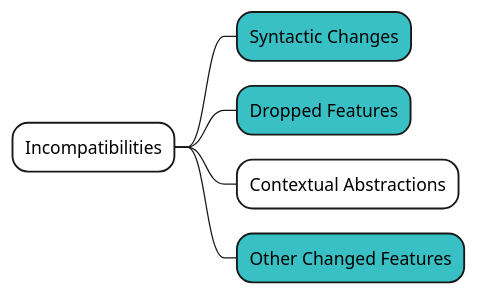
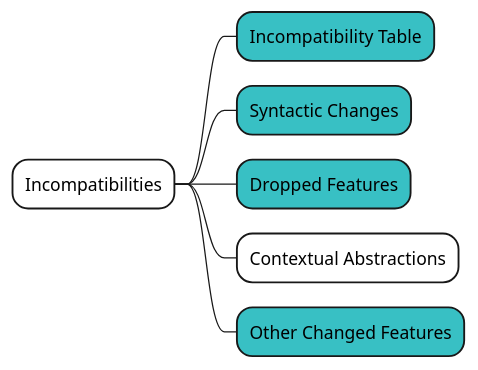
Before and after one commit to shinharad/getting-started-with-scala3: the fifth of 7 diagrams in docs/step01/04_Migration_guideを俯瞰してみる.md, drawn with PlantUML. The commit also changed other lines of this file and 6 other files, not shown here.

````diff
--- a/docs/step01/04_Migration_guideを俯瞰してみる.md
+++ b/docs/step01/04_Migration_guideを俯瞰してみる.md
@@ -77,9 +83,10 @@
 ```plantuml
 @startmindmap
 *[#fff] Incompatibilities
+**[#38c0c4] Incompatibility Table
 **[#38c0c4] Syntactic Changes
 **[#38c0c4] Dropped Features
 **[#fff] Contextual Abstractions
 **[#38c0c4] Other Changed Features
 @endmindmap
 ```
````
